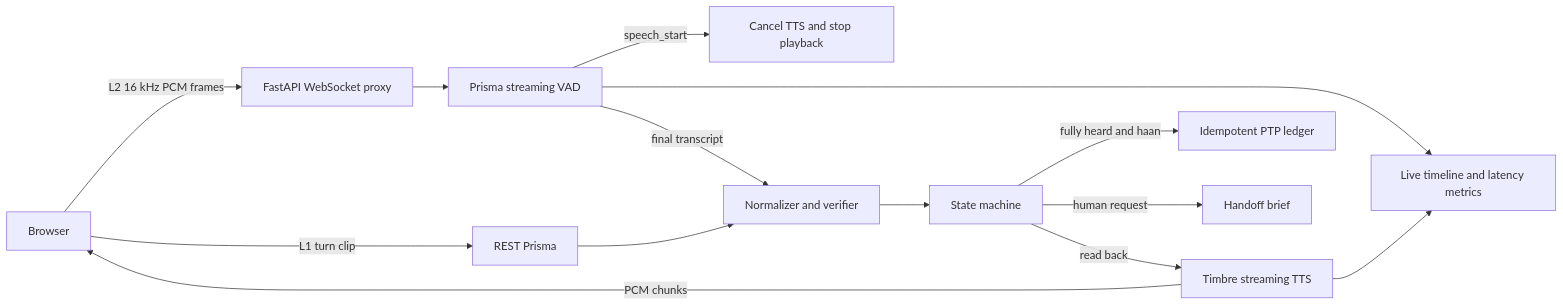
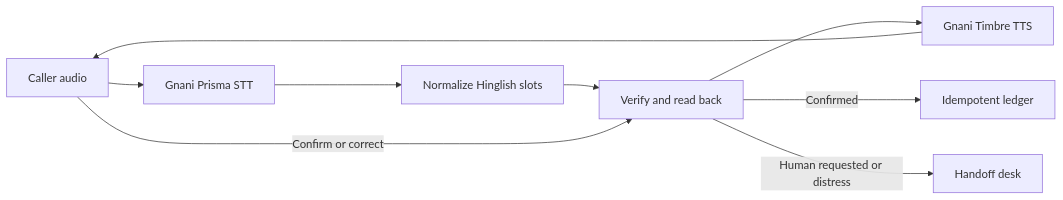
The diagram in README.md (Thesilentprogramer/wadapakka), drawn with Mermaid before and after one commit. The commit also changed other lines of this file and 12 other files, not shown here.

````diff
--- a/README.md
+++ b/README.md
@@ -21,16 +15,11 @@
 ```mermaid
 flowchart LR
-  B[Browser] -->|L1 turn clip| R[REST Prisma]
-  B -->|L2 16 kHz PCM frames| W[FastAPI WebSocket proxy]
-  W --> P[Prisma streaming VAD]
-  P -->|speech_start| X[Cancel TTS and stop playback]
-  P -->|final transcript| Z[Normalizer and verifier]
-  R --> Z
-  Z --> Q[State machine]
-  Q -->|read back| T[Timbre streaming TTS]
-  T -->|PCM chunks| B
-  Q -->|fully heard and haan| L[Idempotent PTP ledger]
-  Q -->|human request| H[Handoff brief]
-  P --> O[Live timeline and latency metrics]
-  T --> O
+    A[Caller audio] --> B[Gnani Prisma STT]
+    B --> C[Normalize Hinglish slots]
+    C --> D[Verify and read back]
+    D --> E[Gnani Timbre TTS]
+    E --> A
+    A -->|Confirm or correct| D
+    D -->|Confirmed| F[Idempotent ledger]
+    D -->|Human requested or distress| G[Handoff desk]
 ```
````
